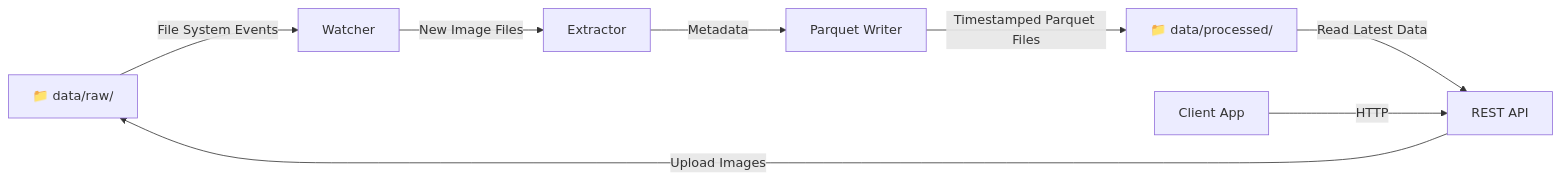
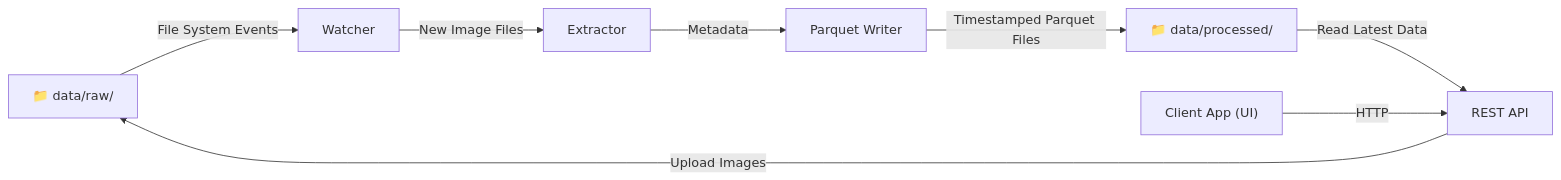
Before and after one commit to sudoblark/sudoblark.ai.bookshelf-demo: the first of 3 diagrams in docs/architecture.md, drawn with Mermaid. The commit also changed other lines of this file and 3 other files, not shown here.

````diff
--- a/docs/architecture.md
+++ b/docs/architecture.md
@@ -12,11 +12,11 @@
 ```mermaid
 graph LR
     A["📁 data/raw/"] -->|File System Events| B["Watcher"]
     B -->|New Image Files| C["Extractor"]
     C -->|Metadata| D["Parquet Writer"]
     D -->|Timestamped Parquet Files| E["📁 data/processed/"]
-    
+
     F["REST API"] -->|Upload Images| A
     E -->|Read Latest Data| F
-    G["Client App"] -->|HTTP| F
+    G["Client App (UI)"] -->|HTTP| F
 ```
````
